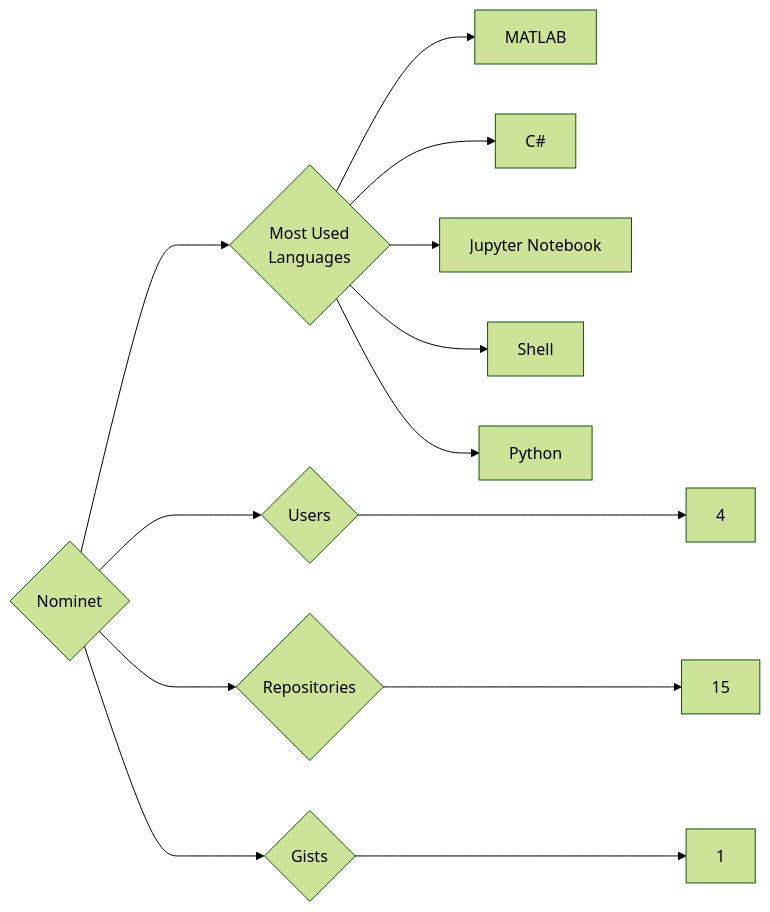
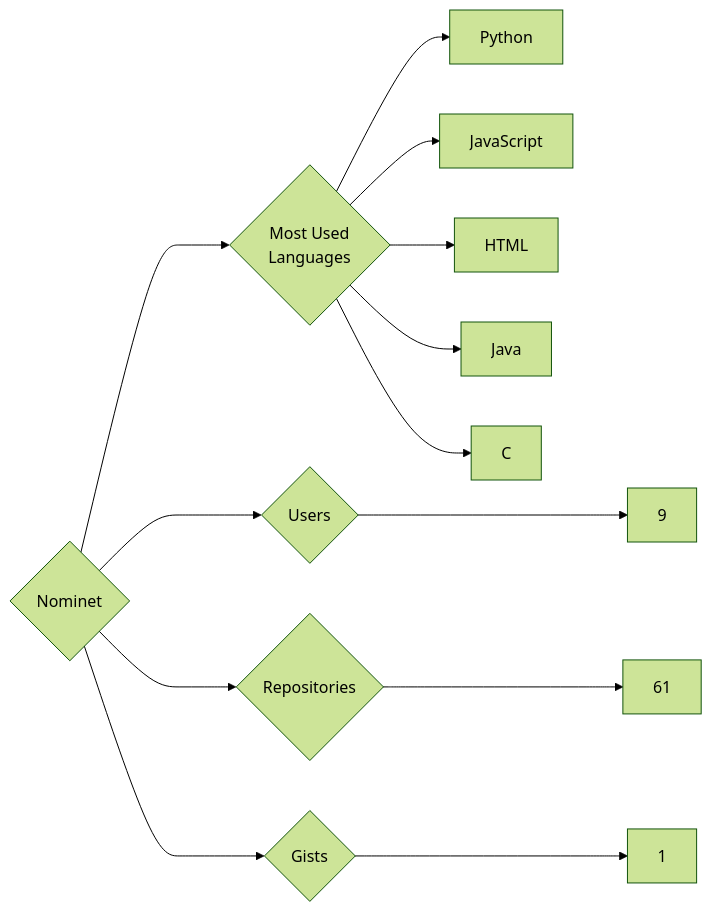
One commit to trickest/insiders changed the diagram in targets/Nominet/README.md. Above: the diagram before and after it, drawn with Mermaid (forest theme). The commit also changed 895 other files, not shown here.

````diff
--- a/targets/Nominet/README.md
+++ b/targets/Nominet/README.md
@@ -3,13 +3,13 @@
 ```mermaid
 graph LR
 COMPANY_NAME{Nominet}
-COMPANY_NAME ---> U{Users} ---> UN[4]
-COMPANY_NAME ---> R{Repositories} ---> RN[15]
+COMPANY_NAME ---> U{Users} ---> UN[9]
+COMPANY_NAME ---> R{Repositories} ---> RN[61]
 COMPANY_NAME ---> G{Gists} ---> GN[1]
 COMPANY_NAME ---> ML{Most Used<br>Languages}
-ML --> MATLAB[MATLAB]
-ML --> C#[C#]
-ML --> Jupyter_Notebook[Jupyter Notebook]
-ML --> Shell[Shell]
 ML --> Python[Python]
+ML --> JavaScript[JavaScript]
+ML --> HTML[HTML]
+ML --> Java[Java]
+ML --> C[C]
 ```
````
